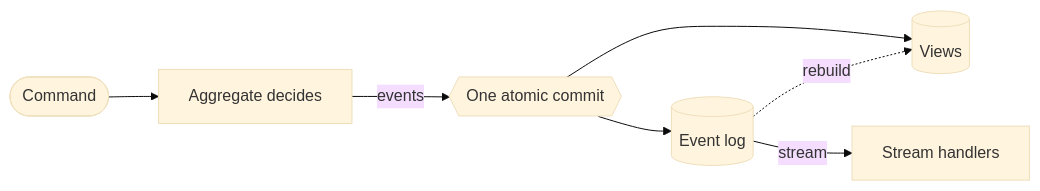
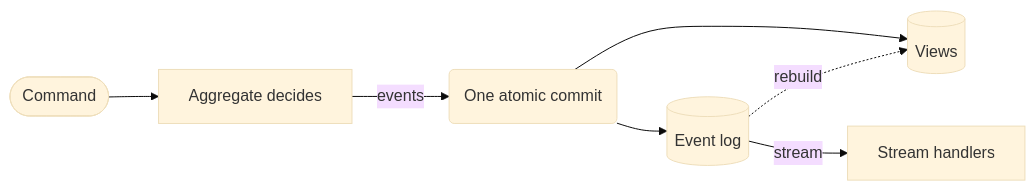
The diagram in README.md (photon-grove/evt), drawn with Mermaid (base theme) before and after one commit. The commit also changed other lines of this file and 1 other file, not shown here.

````diff
--- a/README.md
+++ b/README.md
@@ -60,9 +60,9 @@
 ```mermaid
 flowchart LR
     cmd([Command]) --> agg[Aggregate decides]
-    agg -- events --> commit{{One atomic commit}}
+    agg -- events --> commit(One atomic commit)
     commit --> log[(Event log)]
     commit --> views[(Views)]
     log -. rebuild .-> views
     log -- stream --> handlers[Stream handlers]
 ```
````
